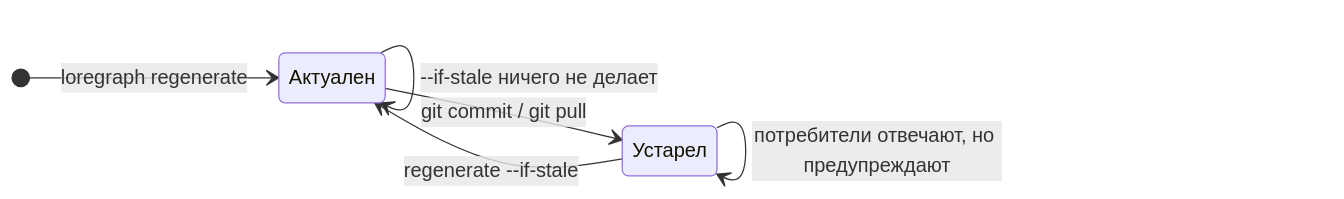
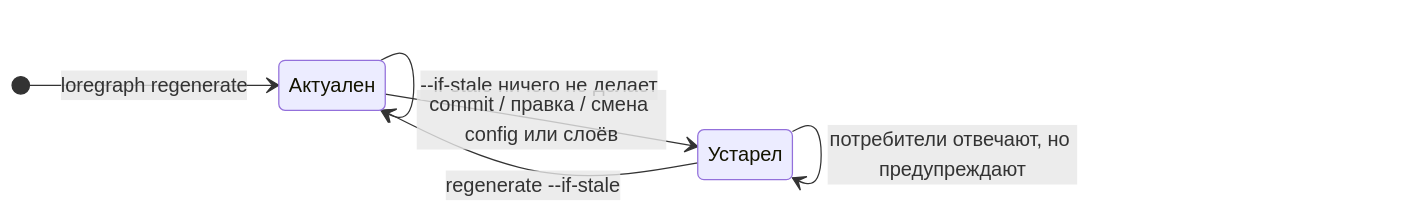
One commit to zvitaly7/codegraph changed the fourth of 4 diagrams in README.ru.md. Above: the diagram before and after it, drawn with Mermaid. The commit also changed other lines of this file and 35 other files, not shown here.

First line of the commit message:
feat: improve graph accuracy and cache safety

````diff
--- a/README.ru.md
+++ b/README.ru.md
@@ -765,11 +774,11 @@
 ```mermaid
 stateDiagram-v2
     direction LR
     Fresh: Актуален
     Stale: Устарел
     [*] --> Fresh: loregraph regenerate
     Fresh --> Fresh: --if-stale ничего не делает
-    Fresh --> Stale: git commit / git pull
+    Fresh --> Stale: commit / правка / смена config или слоёв
     Stale --> Fresh: regenerate --if-stale
     Stale --> Stale: потребители отвечают, но предупреждают
 ```
````
